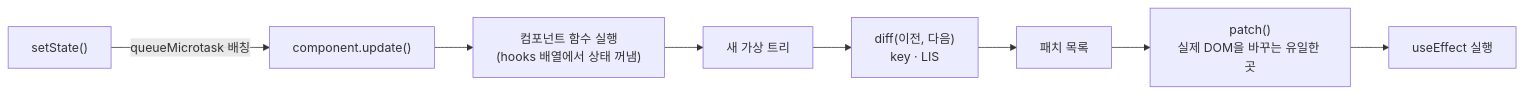
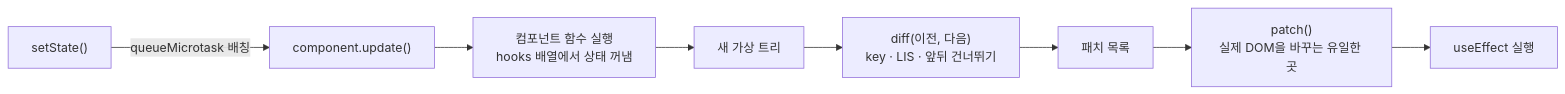
The second of 3 diagrams in README.md (from-scratch-lab/mini-react), drawn with Mermaid before and after one commit. The commit also changed other lines of this file and 14 other files, not shown here.

````diff
--- a/README.md
+++ b/README.md
@@ -53,10 +141,10 @@
 ```mermaid
 flowchart LR
   A["setState()"] -->|"queueMicrotask 배칭"| B["component.update()"]
-  B --> C["컴포넌트 함수 실행<br/>(hooks 배열에서 상태 꺼냄)"]
+  B --> C["컴포넌트 함수 실행<br/>hooks 배열에서 상태 꺼냄"]
   C --> D["새 가상 트리"]
-  D --> E["diff(이전, 다음)<br/>key · LIS"]
+  D --> E["diff(이전, 다음)<br/>key · LIS · 앞뒤 건너뛰기"]
   E --> F["패치 목록"]
   F --> G["patch()<br/>실제 DOM을 바꾸는 유일한 곳"]
   G --> H["useEffect 실행"]
 ```
````
